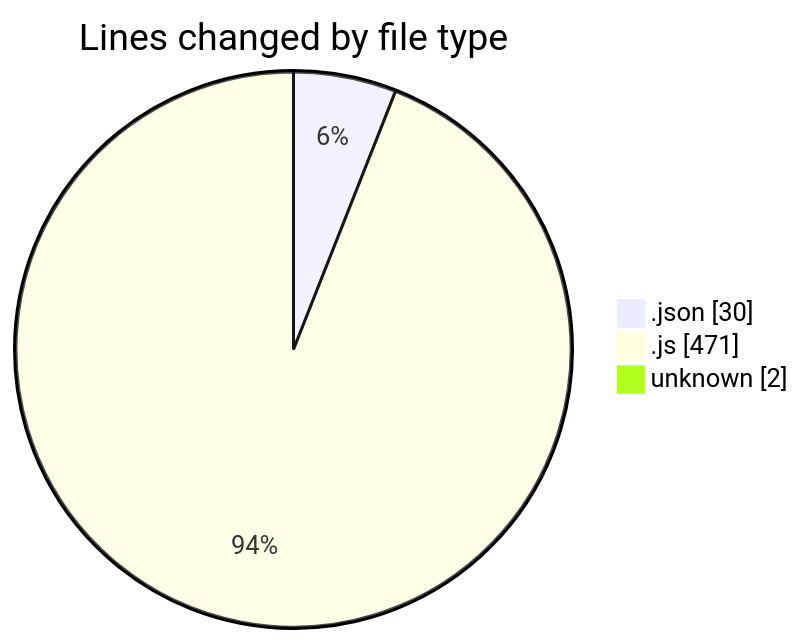
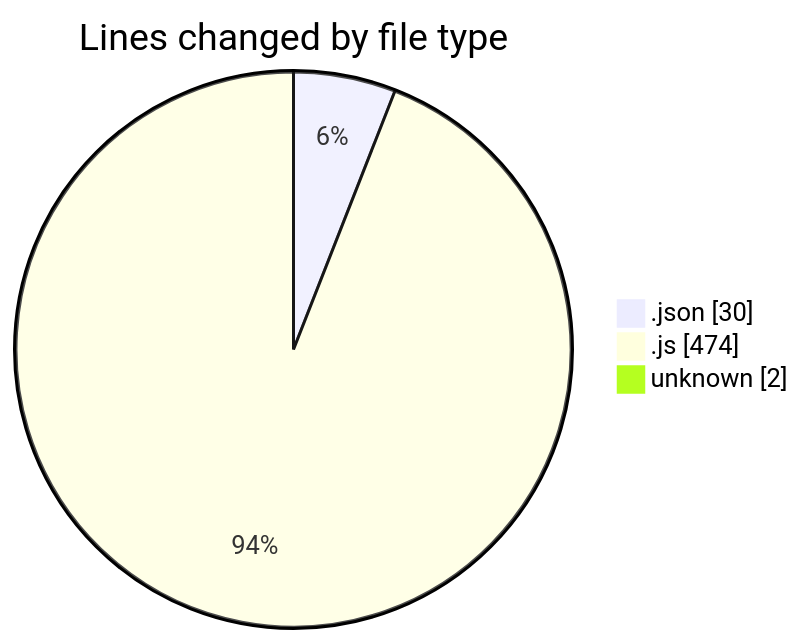
Before and after one commit to Ritupan-Deka/code-tracking: the first of 2 diagrams in 2025-07-16/mern-workoutboard/README.md, drawn with Mermaid. The commit also changed other lines of this file and 1 other file, not shown here.

````diff
--- a/2025-07-16/mern-workoutboard/README.md
+++ b/2025-07-16/mern-workoutboard/README.md
@@ -25,7 +26,7 @@
 ```mermaid
 pie showData
 title Lines changed by file type
 ".json" : 30
-".js" : 471
+".js" : 474
 "unknown" : 2
 ```
````
